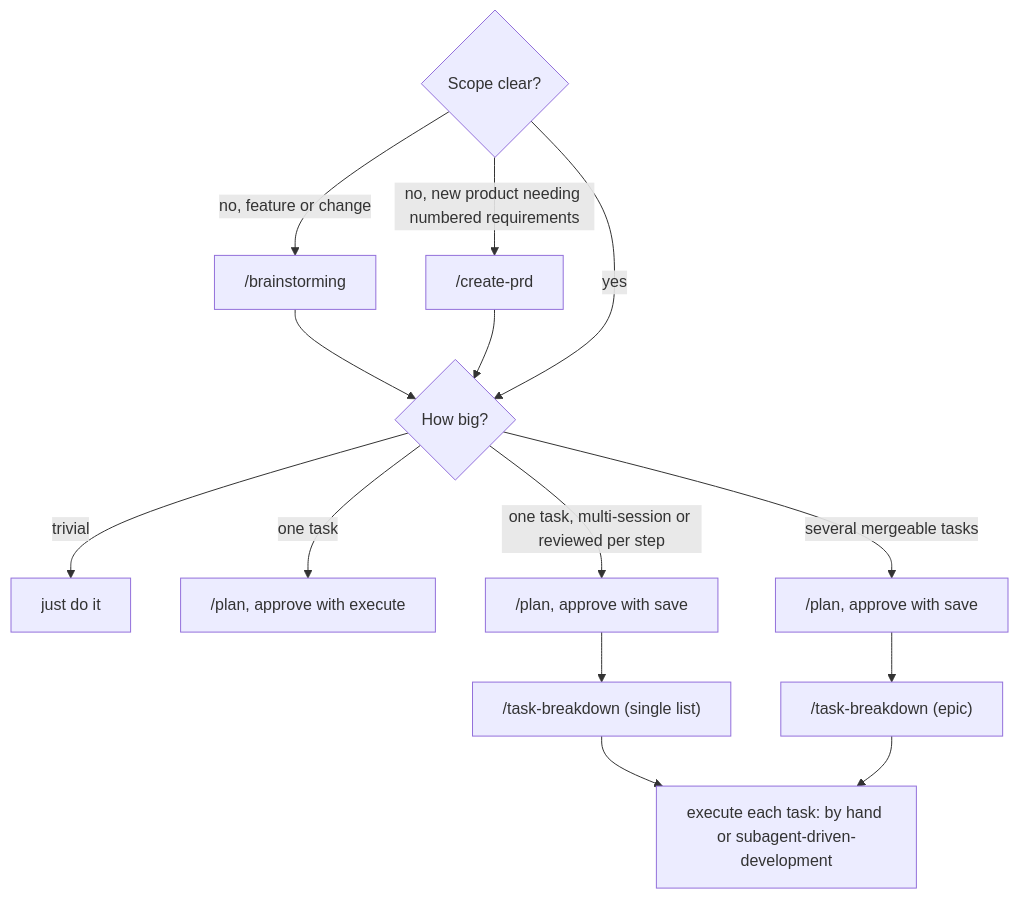
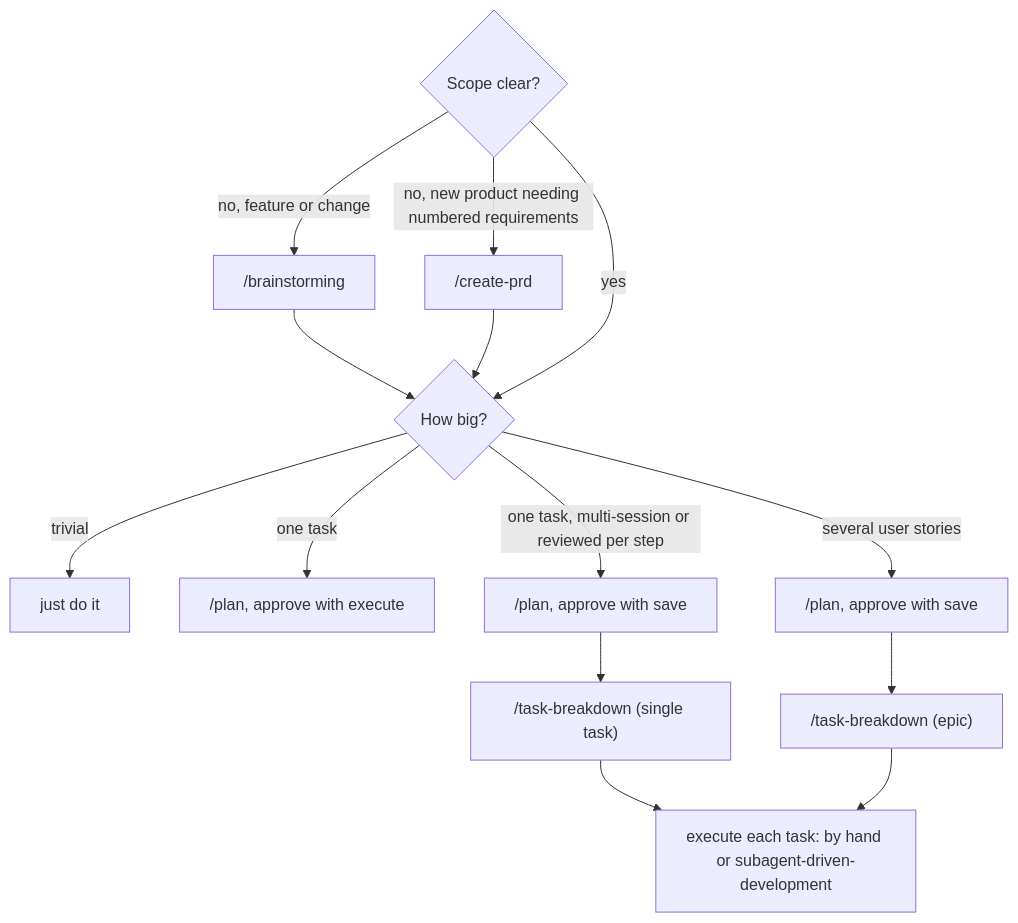
Before and after one commit to ton-anywhere/my-favorite-prompts: the diagram in docs/using-skills.md, drawn with Mermaid. The commit also changed other lines of this file, not shown here.

Commit message:
docs(usage-skills): clarify task-breakdown single task versus epic

````diff
--- a/docs/using-skills.md
+++ b/docs/using-skills.md
@@ -23,10 +23,10 @@
 ```mermaid
 flowchart TD
   A{"Scope clear?"} -->|"no, feature or change"| BR["/brainstorming"] --> B
   A -->|"no, new product needing numbered requirements"| PRD["/create-prd"] --> B
   A -->|yes| B{"How big?"}
   B -->|trivial| D["just do it"]
   B -->|"one task"| P1["/plan, approve with execute"]
-  B -->|"one task, multi-session or reviewed per step"| P2["/plan, approve with save"] --> S["/task-breakdown (single list)"] --> X
-  B -->|"several mergeable tasks"| P3["/plan, approve with save"] --> E["/task-breakdown (epic)"] --> X["execute each task: by hand or subagent-driven-development"]
+  B -->|"one task, multi-session or reviewed per step"| P2["/plan, approve with save"] --> S["/task-breakdown (single task)"] --> X
+  B -->|"several user stories"| P3["/plan, approve with save"] --> E["/task-breakdown (epic)"] --> X["execute each task: by hand or subagent-driven-development"]
 ```
````
